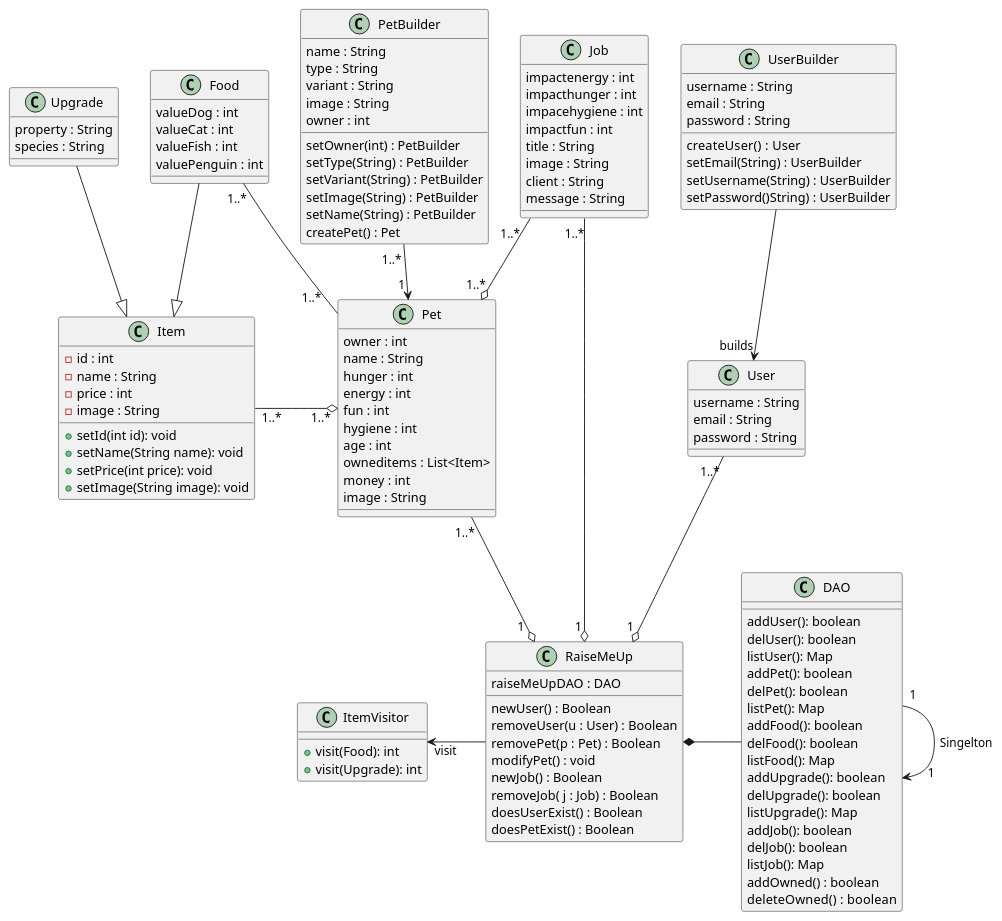
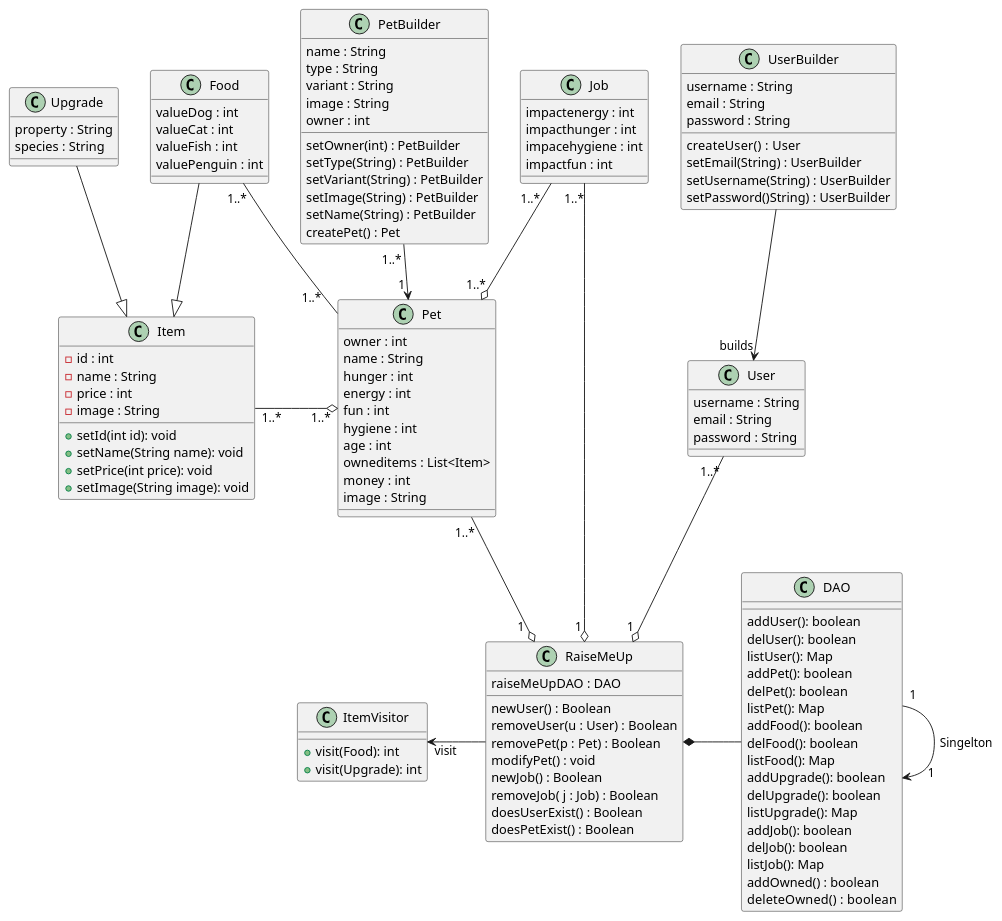
The diagram in artefacts/human-diagrams/p2.puml (sh4r10/thesis-autogen-classdiagrams), drawn with PlantUML before and after one commit.

Commit message:
remove methods from Job p2.puml

```diff
--- a/artefacts/human-diagrams/p2.puml
+++ b/artefacts/human-diagrams/p2.puml
@@ -1,130 +1,126 @@
 @startuml
 class PetBuilder {
     name : String
     type : String
     variant : String
     image : String
     owner : int
 
     setOwner(int) : PetBuilder
     setType(String) : PetBuilder
     setVariant(String) : PetBuilder
     setImage(String) : PetBuilder
     setName(String) : PetBuilder
     createPet() : Pet
 }
 
 class Pet {
     owner : int
     name : String
     hunger : int
     energy : int
     fun : int
     hygiene : int
     age : int
     owneditems : List<Item>
     money : int
     image : String
 }
 class User {
     username : String
     email : String
     password : String
 }
 class UserBuilder {
     username : String
     email : String
     password : String
 
     createUser() :  User
     setEmail(String) : UserBuilder
     setUsername(String) : UserBuilder
     setPassword()String) : UserBuilder
 }
 
 class Job {
     impactenergy : int
     impacthunger : int
     impacehygiene : int
     impactfun : int
-    title : String
-    image : String
-    client : String
-    message : String
 }
 class Food{
     valueDog : int
     valueCat : int
     valueFish : int
     valuePenguin : int
 }
 class Upgrade{
     property : String
     species : String
 }
 class Item {
     -id : int
     -name : String
     -price : int
     -image : String
     +setId(int id): void
     +setName(String name): void
     +setPrice(int price): void
     +setImage(String image): void
 }
 class ItemVisitor {
     +visit(Food): int
     +visit(Upgrade): int
 }
 
 class RaiseMeUp {
     raiseMeUpDAO : DAO
     newUser() : Boolean
     removeUser(u : User) : Boolean
     removePet(p : Pet) : Boolean
     modifyPet() : void
     newJob() : Boolean
     removeJob( j : Job) : Boolean
     doesUserExist() : Boolean
     doesPetExist() : Boolean
 }
 
 class DAO {
     addUser(): boolean
     delUser(): boolean
     listUser(): Map
     addPet(): boolean
     delPet(): boolean
     listPet(): Map
     addFood(): boolean
     delFood(): boolean
     listFood(): Map
     addUpgrade(): boolean
     delUpgrade(): boolean
     listUpgrade(): Map
     addJob(): boolean
     delJob(): boolean
     listJob(): Map
     addOwned() : boolean
     deleteOwned() :  boolean
 }
 Upgrade -[hidden] Food
 
 Food --|> Item
 Upgrade --|> Item
 
 PetBuilder "1..* " --> "1 " Pet
 UserBuilder -d-> "builds" User
 
 Job "1..*  " --o "1..*"Pet
 Item "1..*" -r-o "1..*" Pet : \t\t
 RaiseMeUp -l-> "visit" ItemVisitor : \t
 Food "1..*"--"1..*   " Pet
 
 Job "1..*" --o "1 " RaiseMeUp
 User "1..*" --o "1 " RaiseMeUp
 Pet "1..*" --o "1  " RaiseMeUp
 
 DAO "1"--> "      1" DAO : "Singelton"
 DAO -l-* RaiseMeUp : \t
 @enduml
```
